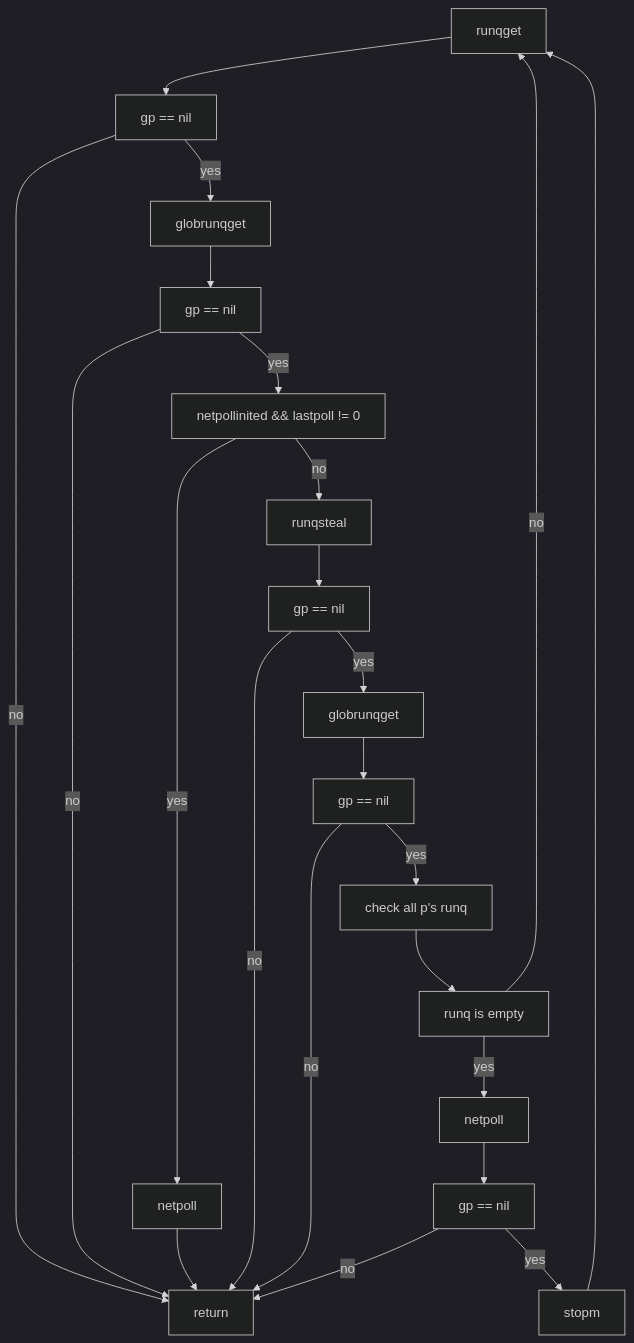
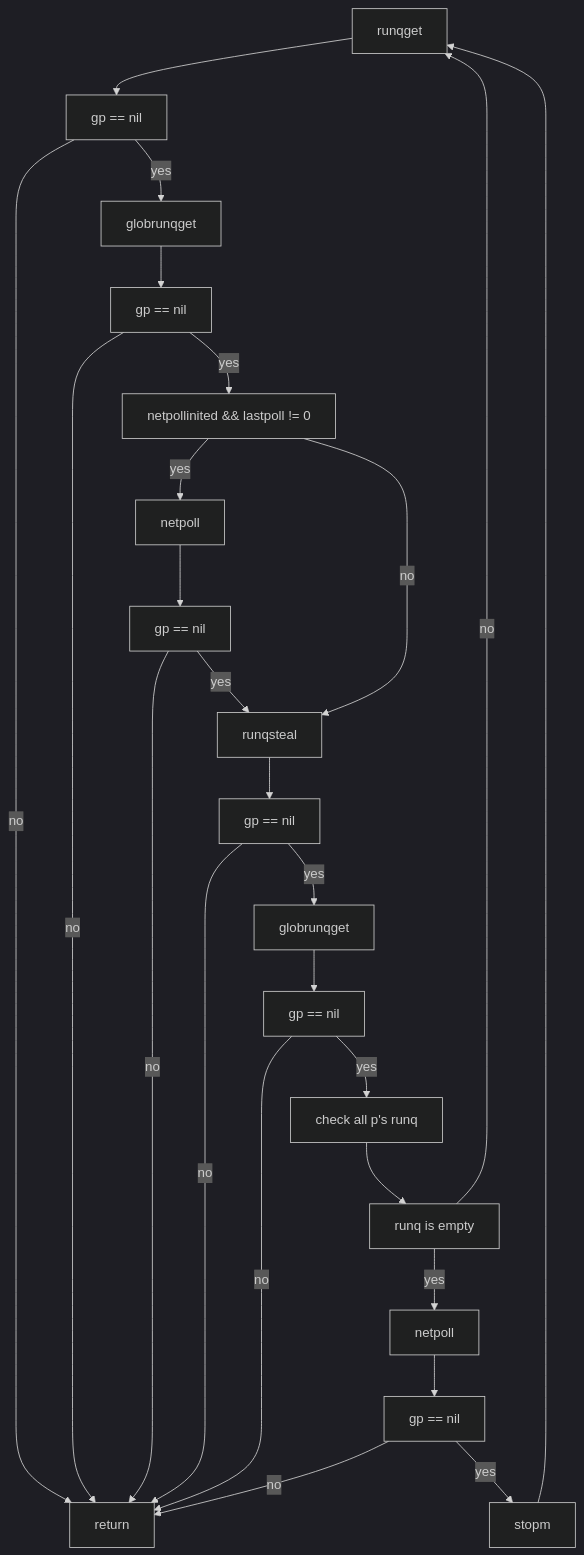
Before and after one commit to cch123/golang-notes: the tenth of 10 diagrams in scheduler.md, drawn with Mermaid (dark theme). The commit also changed other lines of this file, not shown here.

Commit message:
typo fix

````diff
--- a/scheduler.md
+++ b/scheduler.md
@@ -1193,25 +1193,27 @@
 ```mermaid
 graph TD
 runqget --> A[gp == nil]
 A --> |no|return
 A --> |yes|globrunqget
 globrunqget --> B[gp == nil]
 B --> |no| return
 B --> |yes| C[netpollinited && lastpoll != 0]
 C --> |yes|netpoll
-netpoll --> return
+netpoll --> K[gp == nil]
+K --> |no|return
+K --> |yes|runqsteal
 C --> |no|runqsteal
 runqsteal --> D[gp == nil]
 D --> |no|return
 D --> |yes|E[globrunqget]
 E --> F[gp == nil]
 F --> |no| return
 F --> |yes| G[check all p's runq]
 G --> H[runq is empty]
 H --> |no|runqget
 H --> |yes|I[netpoll]
 I --> J[gp == nil]
 J --> |no| return
 J --> |yes| stopm
 stopm --> runqget
 ```
````
